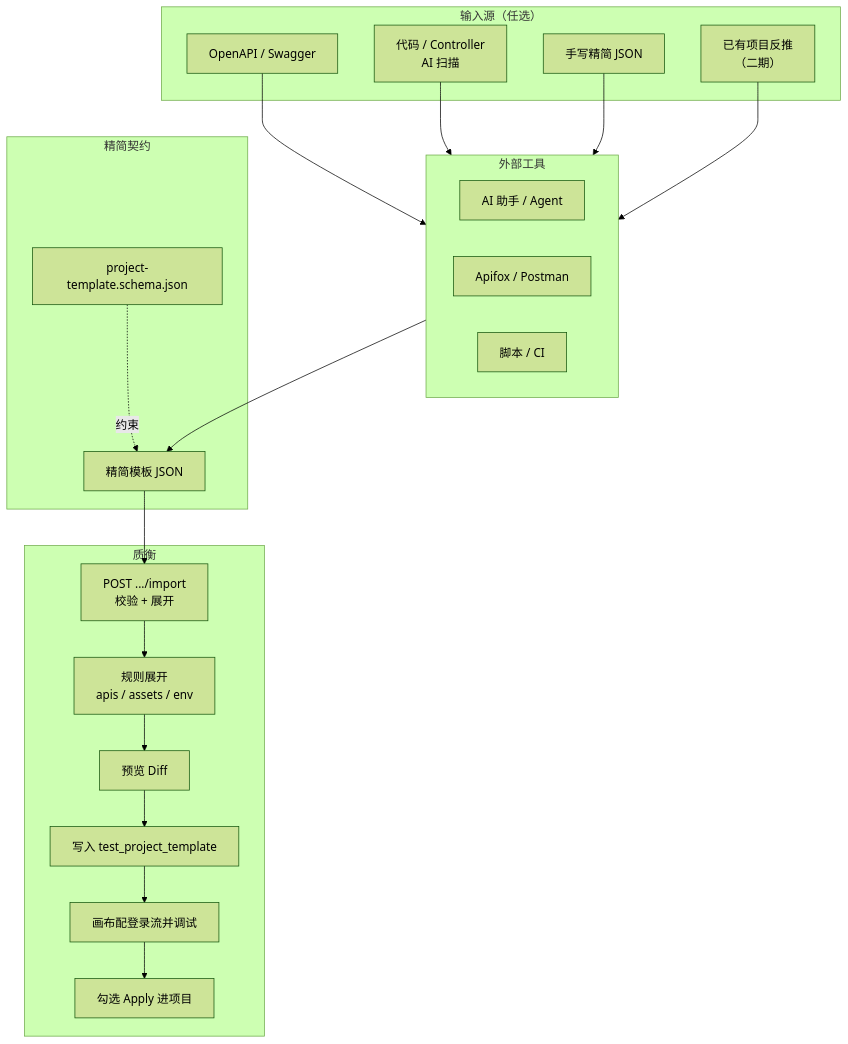
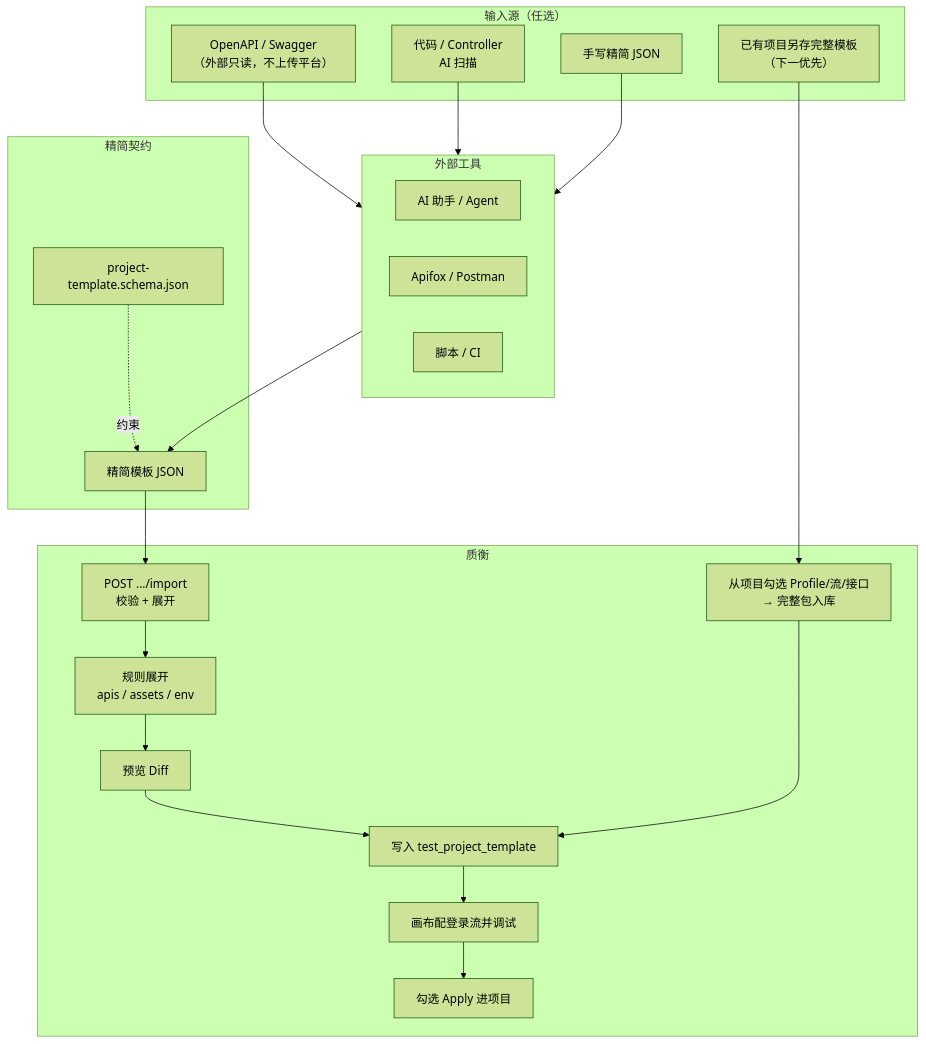
Before and after one commit to qualitest-hq/qualitest: the third of 5 diagrams in docs/项目模板快速配置方案.md, drawn with Mermaid (forest theme). The commit also changed other lines of this file and 67 other files, not shown here.

````diff
--- a/docs/项目模板快速配置方案.md
+++ b/docs/项目模板快速配置方案.md
@@ -136,34 +135,36 @@
 ```mermaid
 flowchart TB
   subgraph Sources["输入源（任选）"]
-    OA["OpenAPI / Swagger"]
+    OA["OpenAPI / Swagger<br/>（外部只读，不上传平台）"]
     Code["代码 / Controller<br/>AI 扫描"]
     Hand["手写精简 JSON"]
-    Proj["已有项目反推<br/>（二期）"]
+    Proj["已有项目另存完整模板<br/>（下一优先）"]
   end
 
   subgraph External["外部工具"]
     Agent["AI 助手 / Agent"]
     Apifox["Apifox / Postman"]
     Script["脚本 / CI"]
   end
 
   subgraph Slim["精简契约"]
     Schema["project-template.schema.json"]
     SlimJSON["精简模板 JSON"]
   end
 
   subgraph Qualitest["质衡"]
     Import["POST .../import<br/>校验 + 展开"]
     Expand["规则展开<br/>apis / assets / env"]
     Preview["预览 Diff"]
     Save["写入 test_project_template"]
     Canvas["画布配登录流并调试"]
+    FromProj["从项目勾选 Profile/流/接口<br/>→ 完整包入库"]
     Apply2["勾选 Apply 进项目"]
   end
 
-  OA & Code & Hand & Proj --> External
+  OA & Code & Hand --> External
   External --> SlimJSON
   Schema -.->|约束| SlimJSON
   SlimJSON --> Import --> Expand --> Preview --> Save --> Canvas --> Apply2
+  Proj --> FromProj --> Save
 ```
````
